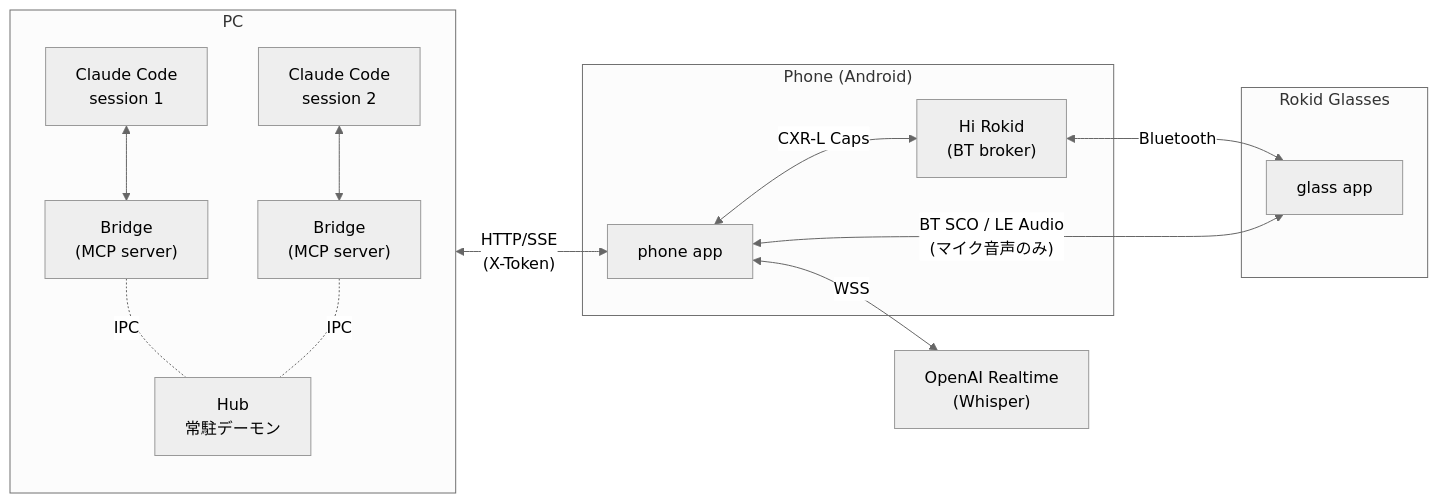
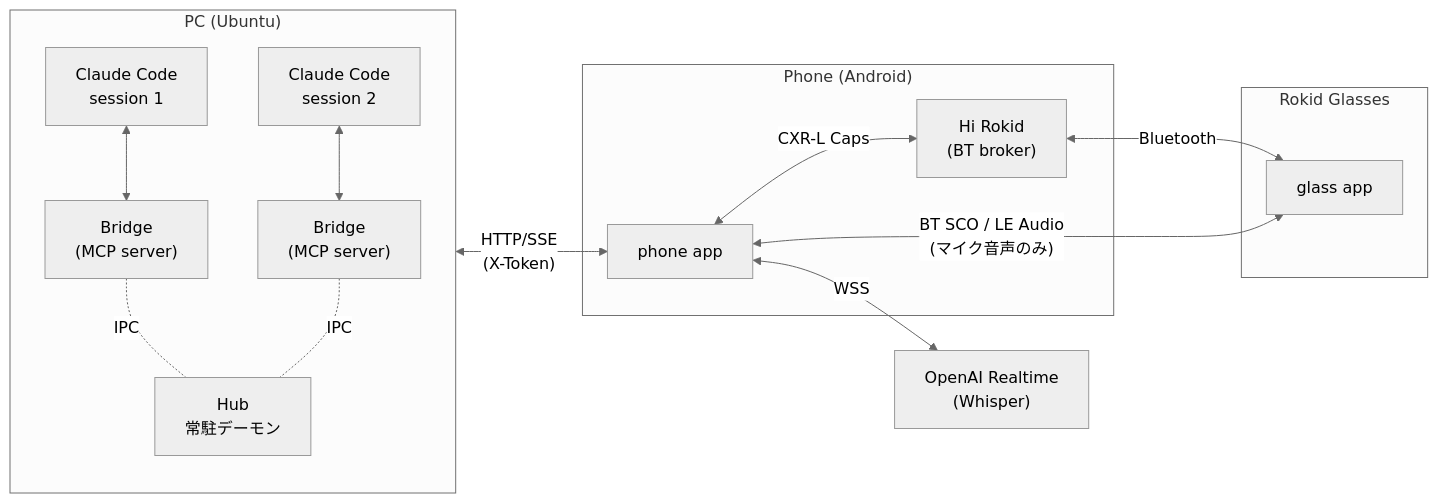
One commit to TakanariShimbo/claude-mobile-hud changed the diagram in README.md. Above: the diagram before and after it, drawn with Mermaid (neutral theme). The commit also changed other lines of this file and 1 other file, not shown here.

````diff
--- a/README.md
+++ b/README.md
@@ -24,29 +36,29 @@
 ```mermaid
 flowchart LR
-    subgraph PC["PC"]
+    subgraph PC["PC (Ubuntu)"]
         direction TB
         C1["Claude Code<br/>session 1"]
         C2["Claude Code<br/>session 2"]
         B1["Bridge<br/>(MCP server)"]
         B2["Bridge<br/>(MCP server)"]
         H["Hub<br/>常駐デーモン"]
         C1 <--> B1
         C2 <--> B2
         B1 -.IPC.- H
         B2 -.IPC.- H
     end
     subgraph SP["Phone (Android)"]
         PA["phone app"]
         HR["Hi Rokid<br/>(BT broker)"]
     end
     subgraph GL["Rokid Glasses"]
         GA["glass app"]
     end
     OA["OpenAI Realtime<br/>(Whisper)"]
 
     H <-- "HTTP/SSE<br/>(X-Token)" --> PA
     PA <-- "CXR-L Caps" --> HR
     HR <-- "Bluetooth" --> GA
     PA <-- "BT SCO / LE Audio<br/>(マイク音声のみ)" --> GA
     PA <-- "WSS" --> OA
 ```
````
